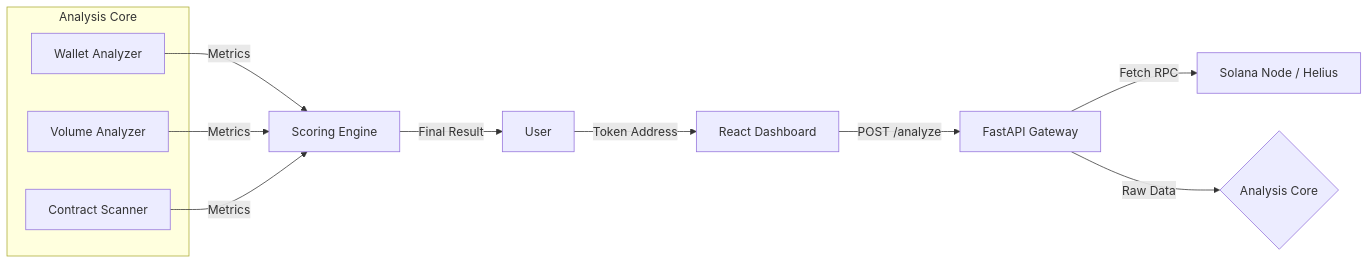
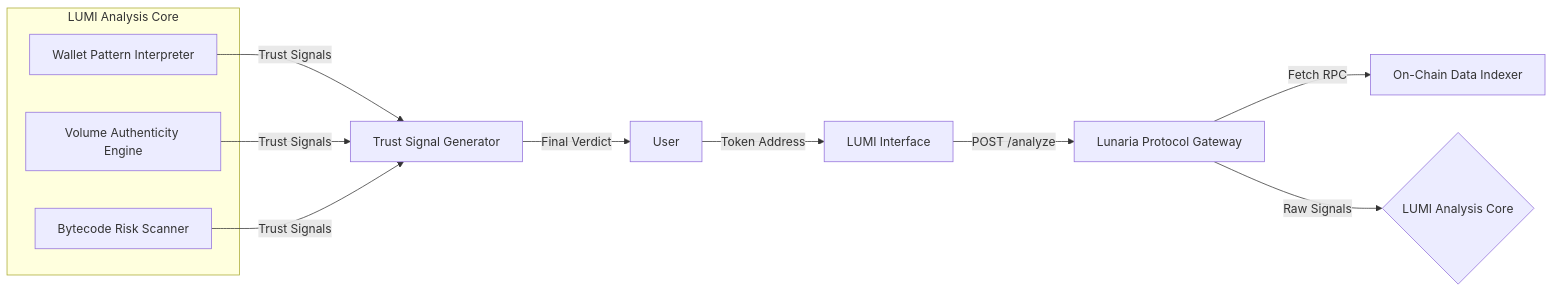
Before and after one commit to tommyg-dev/PumpGuardX: the diagram in docs/architecture.md, drawn with Mermaid. The commit also changed other lines of this file and 13 other files, not shown here.

````diff
--- a/docs/architecture.md
+++ b/docs/architecture.md
@@ -3,19 +5,19 @@
 ```mermaid
 graph LR
-    User -->|Token Address| Frontend[React Dashboard]
-    Frontend -->|POST /analyze| API[FastAPI Gateway]
-    API -->|Fetch RPC| RPC[Solana Node / Helius]
-    API -->|Raw Data| Engine{Analysis Core}
+    User -->|Token Address| Frontend[LUMI Interface]
+    Frontend -->|POST /analyze| API[Lunaria Protocol Gateway]
+    API -->|Fetch RPC| RPC[On-Chain Data Indexer]
+    API -->|Raw Signals| Engine{LUMI Analysis Core}
     
-    subgraph Analysis Core
-        W[Wallet Analyzer]
-        V[Volume Analyzer]
-        C[Contract Scanner]
+    subgraph LUMI Analysis Core
+        W[Wallet Pattern Interpreter]
+        V[Volume Authenticity Engine]
+        C[Bytecode Risk Scanner]
     end
     
-    W -->|Metrics| Score[Scoring Engine]
-    V -->|Metrics| Score
-    C -->|Metrics| Score
+    W -->|Trust Signals| Score[Trust Signal Generator]
+    V -->|Trust Signals| Score
+    C -->|Trust Signals| Score
     
-    Score -->|Final Result| User
+    Score -->|Final Verdict| User
 ```
````
